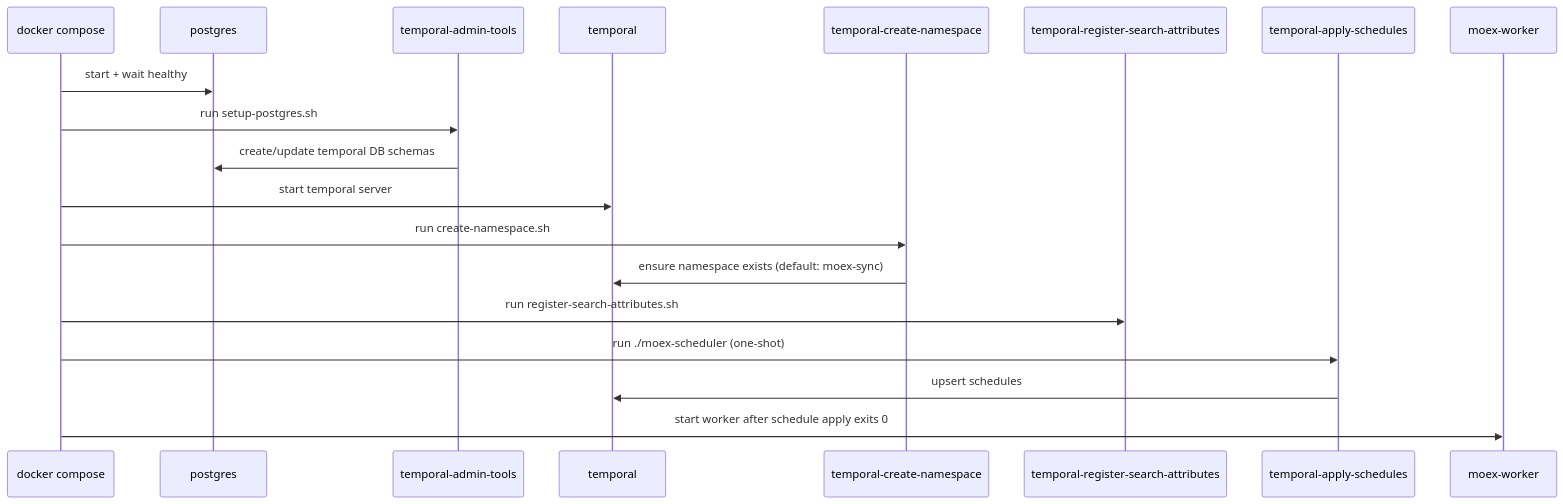
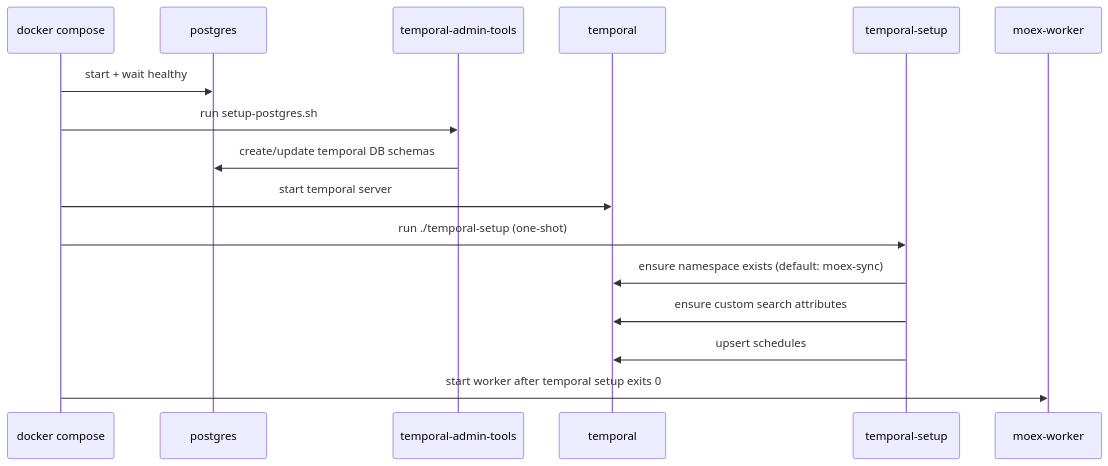
One commit to Wgmlgz/index-replication changed the first of 2 diagrams in docs/TEMPORAL-MOEX-OPERATIONS.md. Above: the diagram before and after it, drawn with Mermaid. The commit also changed other lines of this file and 15 other files, not shown here.

````diff
--- a/docs/TEMPORAL-MOEX-OPERATIONS.md
+++ b/docs/TEMPORAL-MOEX-OPERATIONS.md
@@ -15,22 +15,19 @@
 ```mermaid
 sequenceDiagram
     participant DC as docker compose
     participant PG as postgres
     participant TA as temporal-admin-tools
     participant TS as temporal
-    participant NS as temporal-create-namespace
-    participant SA as temporal-register-search-attributes
-    participant SCH as temporal-apply-schedules
+    participant SET as temporal-setup
     participant W as moex-worker
 
     DC->>PG: start + wait healthy
     DC->>TA: run setup-postgres.sh
     TA->>PG: create/update temporal DB schemas
     DC->>TS: start temporal server
-    DC->>NS: run create-namespace.sh
-    NS->>TS: ensure namespace exists (default: moex-sync)
-    DC->>SA: run register-search-attributes.sh
-    DC->>SCH: run ./moex-scheduler (one-shot)
-    SCH->>TS: upsert schedules
-    DC->>W: start worker after schedule apply exits 0
+    DC->>SET: run ./temporal-setup (one-shot)
+    SET->>TS: ensure namespace exists (default: moex-sync)
+    SET->>TS: ensure custom search attributes
+    SET->>TS: upsert schedules
+    DC->>W: start worker after temporal setup exits 0
 ```
````
